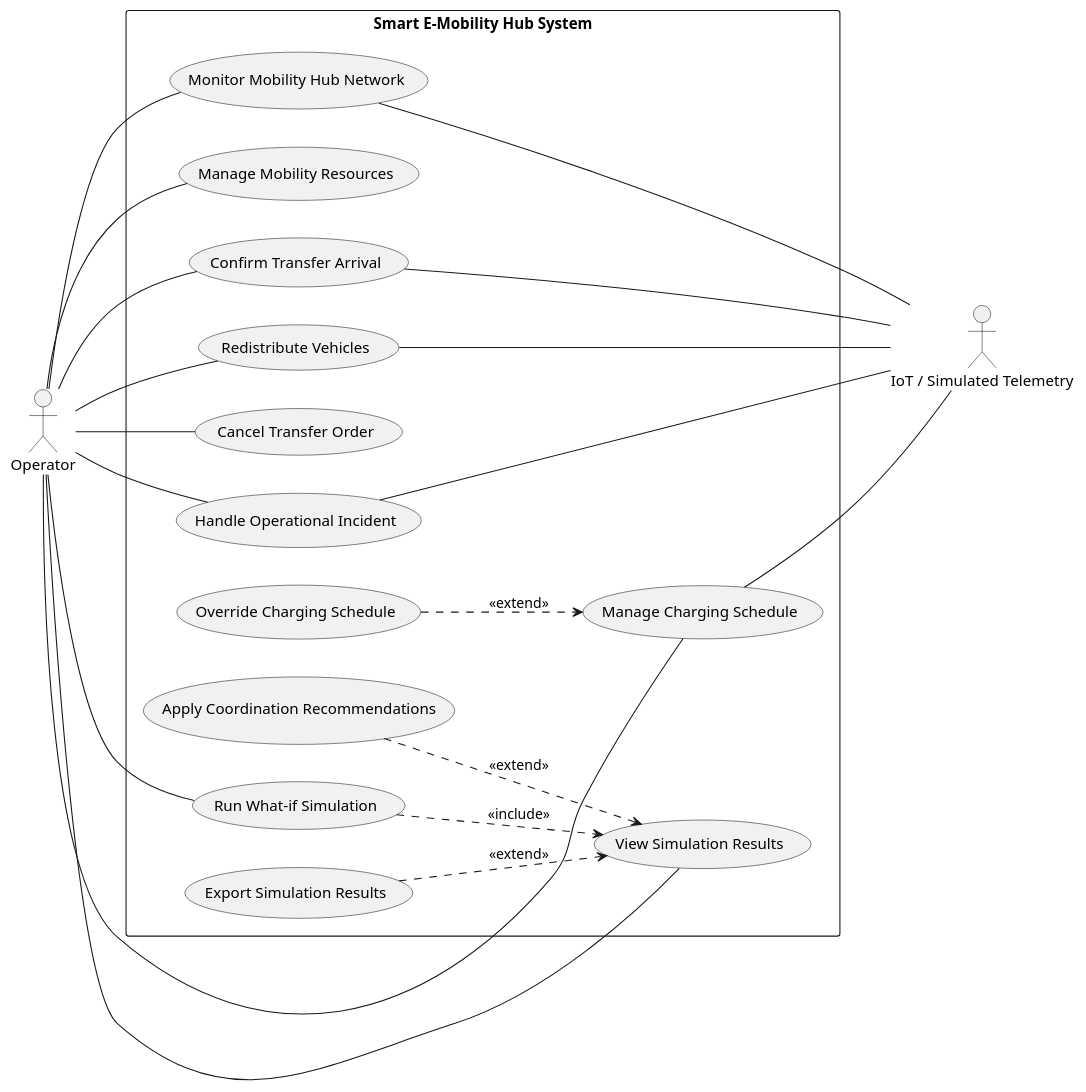
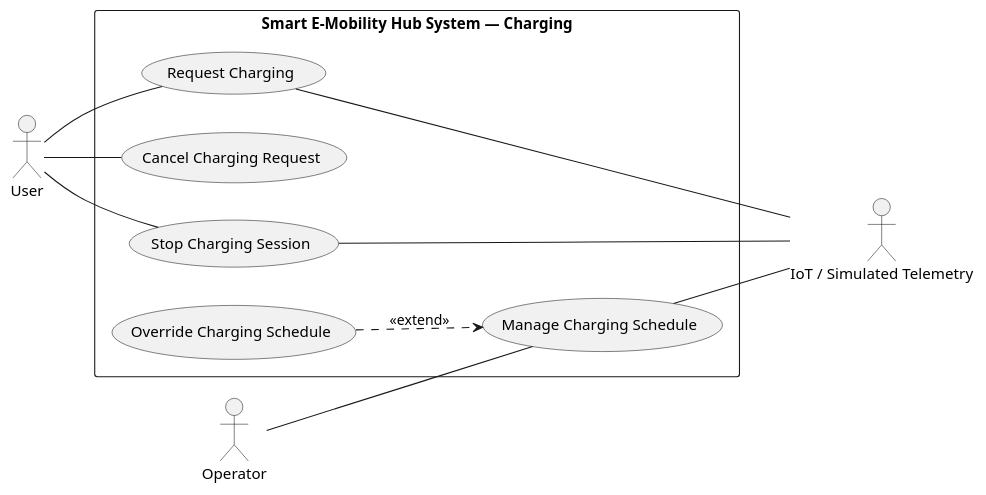
The seventh of 14 diagrams in docs/diagrams/01_Usecase_Diagram/README.md (YdtTran/software-engineerning), drawn with PlantUML before and after one commit. The commit also changed other lines of this file and 72 other files, not shown here.

Commit message:
docs: publish updated Draw.io workflow and overview diagrams

````diff
--- a/docs/diagrams/01_Usecase_Diagram/README.md
+++ b/docs/diagrams/01_Usecase_Diagram/README.md
@@ -135,39 +296,23 @@
 ```plantuml
 @startuml
 left to right direction
+actor "User" as actor_user
 actor "Operator" as actor_operator
 actor "IoT / Simulated Telemetry" as actor_telemetry
-rectangle "Smart E-Mobility Hub System" {
-usecase "Monitor Mobility Hub Network" as uc_UC08
-usecase "Manage Mobility Resources" as uc_UC09
-usecase "Redistribute Vehicles" as uc_UC10
-usecase "Confirm Transfer Arrival" as uc_UC10A
-usecase "Cancel Transfer Order" as uc_UC10B
-usecase "Handle Operational Incident" as uc_UC11
-usecase "Manage Charging Schedule" as uc_UC12
-usecase "Override Charging Schedule" as uc_UC12_uc_ext2
-usecase "Run What-if Simulation" as uc_UC13
-usecase "View Simulation Results" as uc_UC14
-usecase "Export Simulation Results" as uc_UC14_uc_ext1
-usecase "Apply Coordination Recommendations" as uc_UC14_uc_apply
+rectangle "Smart E-Mobility Hub System — Charging" {
+  usecase "Request Charging" as uc_UC07
+  usecase "Cancel Charging Request" as uc_UC07_uc_cancel
+  usecase "Manage Charging Schedule" as uc_UC12
+  usecase "Override Charging Schedule" as uc_UC12_uc_ext2
+  usecase "Stop Charging Session" as uc_UC07A
 }
-actor_operator -- uc_UC08
-actor_operator -- uc_UC09
-actor_operator -- uc_UC10
-actor_operator -- uc_UC10A
-actor_operator -- uc_UC10B
-actor_operator -- uc_UC11
+actor_user -- uc_UC07
+actor_user -- uc_UC07_uc_cancel
+actor_user -- uc_UC07A
 actor_operator -- uc_UC12
 uc_UC12_uc_ext2 ..> uc_UC12 : <<extend>>
-actor_operator -- uc_UC13
-actor_operator -- uc_UC14
-uc_UC13 ..> uc_UC14 : <<include>>
-uc_UC14_uc_ext1 ..> uc_UC14 : <<extend>>
-uc_UC14_uc_apply ..> uc_UC14 : <<extend>>
-uc_UC08 -- actor_telemetry
-uc_UC10 -- actor_telemetry
-uc_UC10A -- actor_telemetry
-uc_UC11 -- actor_telemetry
+uc_UC07 -- actor_telemetry
+uc_UC07A -- actor_telemetry
 uc_UC12 -- actor_telemetry
 @enduml
 ```
````
